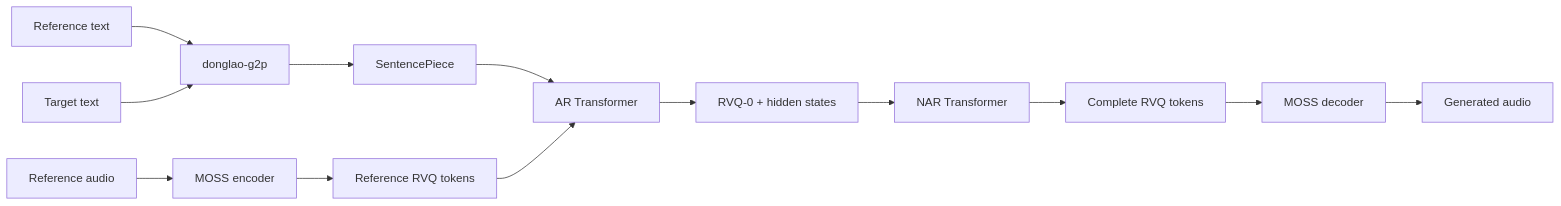
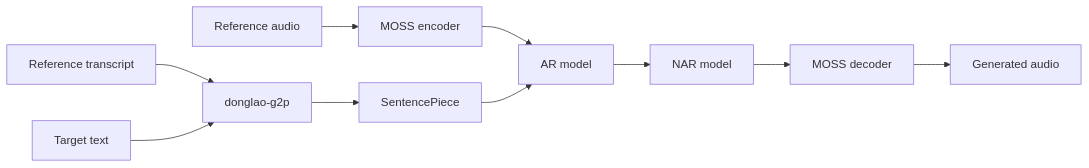
The diagram in README.md (DongLaoAI/donglao-tts), drawn with Mermaid before and after one commit. The commit also changed other lines of this file and 4 other files, not shown here.

````diff
--- a/README.md
+++ b/README.md
@@ -66,15 +172,12 @@
 ```mermaid
 flowchart LR
     RA[Reference audio] --> ENC[MOSS encoder]
-    RT[Reference text] --> G2P[donglao-g2p]
+    RT[Reference transcript] --> G2P[donglao-g2p]
     TT[Target text] --> G2P
     G2P --> SPM[SentencePiece]
-    ENC --> RC[Reference RVQ tokens]
-    SPM --> AR[AR Transformer]
-    RC --> AR
-    AR --> Q0[RVQ-0 + hidden states]
-    Q0 --> NAR[NAR Transformer]
-    NAR --> RQ[Complete RVQ tokens]
-    RQ --> DEC[MOSS decoder]
+    ENC --> AR[AR model]
+    SPM --> AR
+    AR --> NAR[NAR model]
+    NAR --> DEC[MOSS decoder]
     DEC --> WAV[Generated audio]
 ```
````
